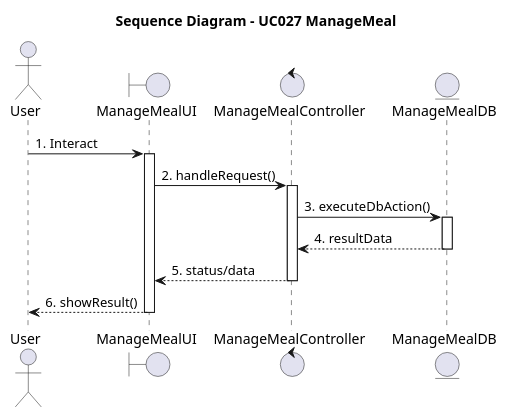
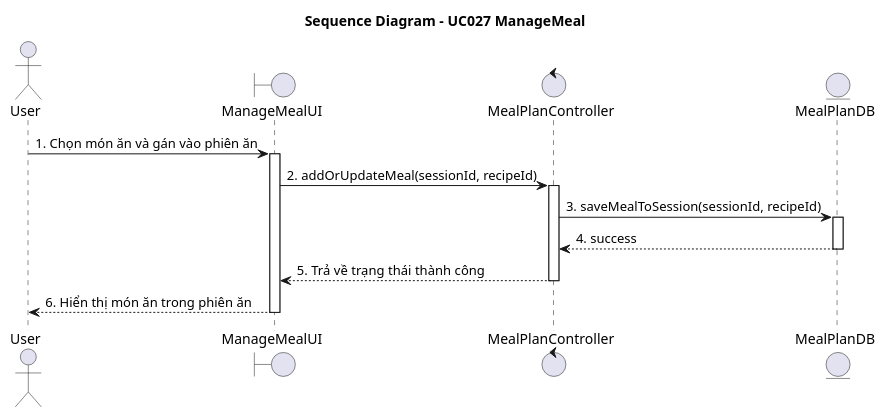
One commit to Alt2210/NaviMart changed the diagram in diagrams/Module_5_MealPlanner/UC027_Thêm_và_Sửa_món_ăn_trong_lịch_trình_Sequence.puml. Above: the diagram before and after it, drawn with PlantUML. The commit also changed 31 other files, not shown here.

```diff
--- a/diagrams/Module_5_MealPlanner/UC027_Thêm_và_Sửa_món_ăn_trong_lịch_trình_Sequence.puml
+++ b/diagrams/Module_5_MealPlanner/UC027_Thêm_và_Sửa_món_ăn_trong_lịch_trình_Sequence.puml
@@ -1,21 +1,21 @@
 @startuml
 title Sequence Diagram - UC027 ManageMeal
 
 actor "User" as Actor
 boundary "ManageMealUI" as UI
-control "ManageMealController" as Controller
-entity "ManageMealDB" as Entity
+control "MealPlanController" as Controller
+entity "MealPlanDB" as Entity
 
-Actor -> UI : 1. Interact
+Actor -> UI : 1. Chọn món ăn và gán vào phiên ăn
 activate UI
-UI -> Controller : 2. handleRequest()
+UI -> Controller : 2. addOrUpdateMeal(sessionId, recipeId)
 activate Controller
-Controller -> Entity : 3. executeDbAction()
+Controller -> Entity : 3. saveMealToSession(sessionId, recipeId)
 activate Entity
-Entity --> Controller : 4. resultData
+Entity --> Controller : 4. success
 deactivate Entity
-Controller --> UI : 5. status/data
+Controller --> UI : 5. Trả về trạng thái thành công
 deactivate Controller
-UI --> Actor : 6. showResult()
+UI --> Actor : 6. Hiển thị món ăn trong phiên ăn
 deactivate UI
 @enduml
```
